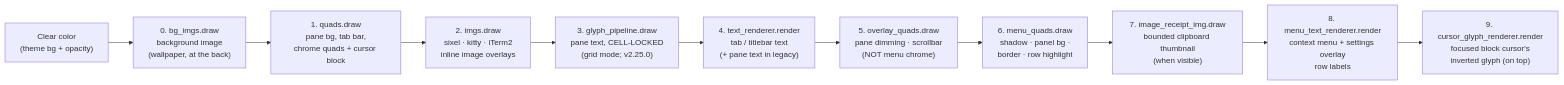
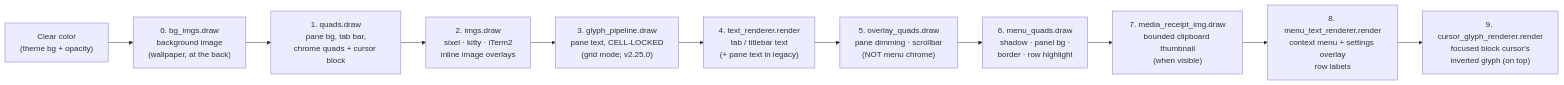
The fifth of 11 diagrams in docs/ARCHITECTURE.md (Reddimus/kettle), drawn with Mermaid before and after one commit. The commit also changed other lines of this file and 30 other files, not shown here.

````diff
--- a/docs/ARCHITECTURE.md
+++ b/docs/ARCHITECTURE.md
@@ -1045,13 +1077,13 @@
 ```mermaid
 flowchart LR
     clear["Clear color<br/>(theme bg + opacity)"] --> bgimg["0. bg_imgs.draw<br/>background image<br/>(wallpaper, at the back)"]
     bgimg --> quads["1. quads.draw<br/>pane bg, tab bar,<br/>chrome quads + cursor block"]
     quads --> imgs["2. imgs.draw<br/>sixel · kitty · iTerm2<br/>inline image overlays"]
     imgs --> glyph["3. glyph_pipeline.draw<br/>pane text, CELL-LOCKED<br/>(grid mode; v2.25.0)"]
     glyph --> text["4. text_renderer.render<br/>tab / titlebar text<br/>(+ pane text in legacy)"]
     text --> overlay["5. overlay_quads.draw<br/>pane dimming · scrollbar<br/>(NOT menu chrome)"]
     overlay --> menuq["6. menu_quads.draw<br/>shadow · panel bg ·<br/>border · row highlight"]
-    menuq --> receipt["7. image_receipt_img.draw<br/>bounded clipboard thumbnail<br/>(when visible)"]
+    menuq --> receipt["7. media_receipt_img.draw<br/>bounded clipboard thumbnail<br/>(when visible)"]
     receipt --> menut["8. menu_text_renderer.render<br/>context menu + settings overlay<br/>row labels"]
     menut --> curg["9. cursor_glyph_renderer.render<br/>focused block cursor's<br/>inverted glyph (on top)"]
 ```
````
